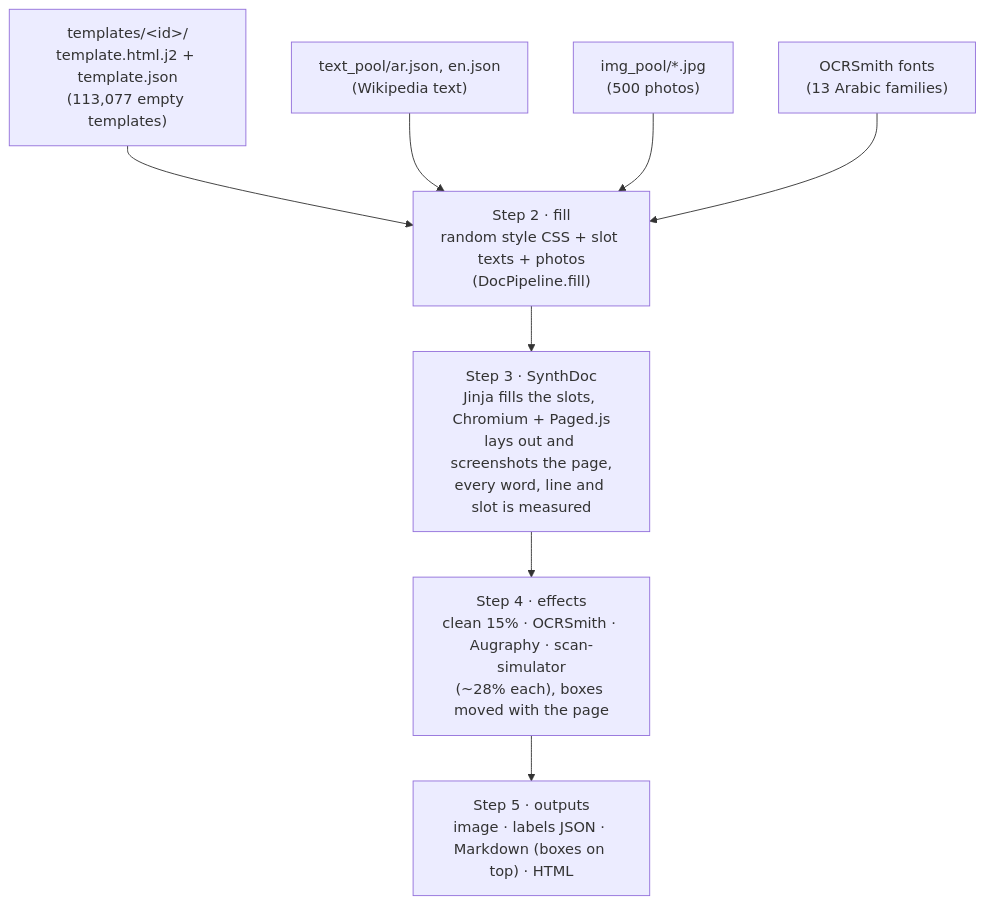
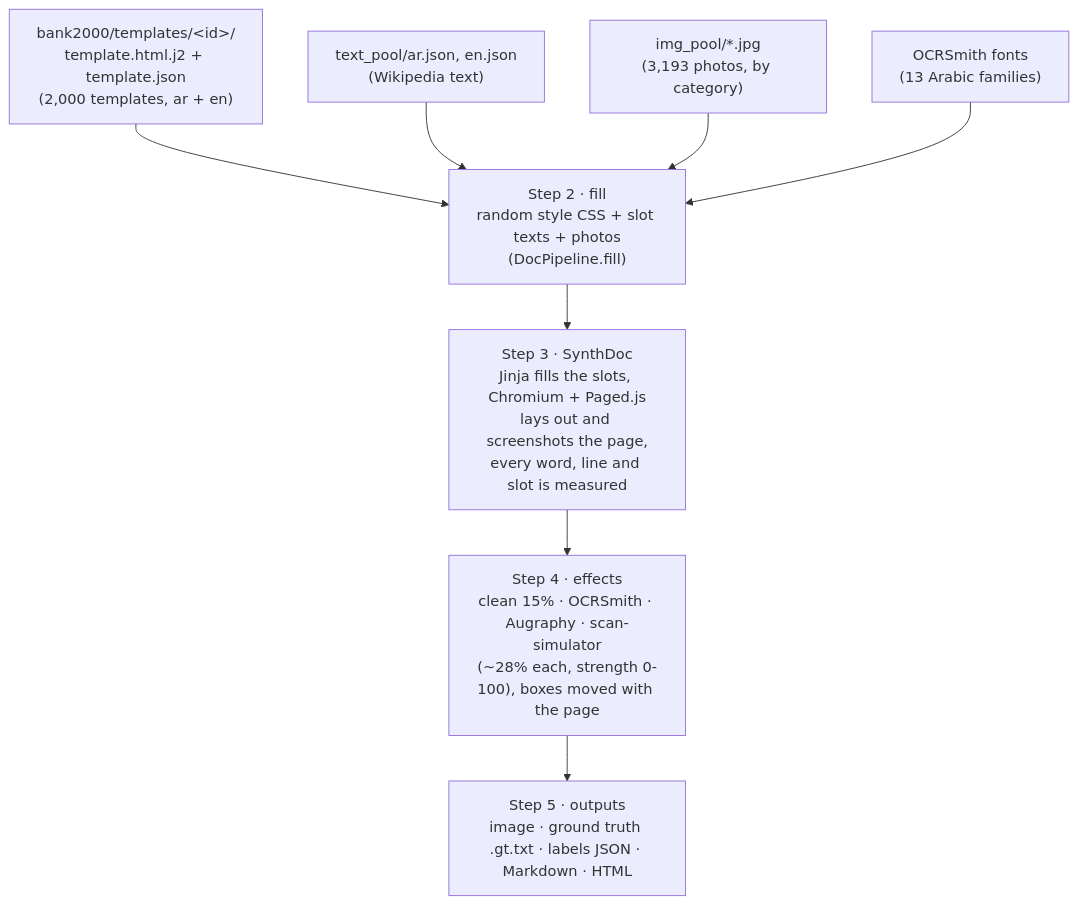
The diagram in OCRREADME.md (Yousef10p/OCRSynthGen), drawn with Mermaid before and after one commit. The commit also changed other lines of this file and 4021 other files, not shown here.

````diff
--- a/OCRREADME.md
+++ b/OCRREADME.md
@@ -31,11 +200,11 @@
 ```mermaid
 flowchart TD
-    T["templates/&lt;id&gt;/<br/>template.html.j2 + template.json<br/>(113,077 empty templates)"] --> F
+    T["bank2000/templates/&lt;id&gt;/<br/>template.html.j2 + template.json<br/>(2,000 templates, ar + en)"] --> F
     W["text_pool/ar.json, en.json<br/>(Wikipedia text)"] --> F
-    P["img_pool/*.jpg<br/>(500 photos)"] --> F
+    P["img_pool/*.jpg<br/>(3,193 photos, by category)"] --> F
     O["OCRSmith fonts<br/>(13 Arabic families)"] --> F
     F["Step 2 · fill<br/>random style CSS + slot texts + photos<br/>(DocPipeline.fill)"] --> S
     S["Step 3 · SynthDoc<br/>Jinja fills the slots, Chromium + Paged.js<br/>lays out and screenshots the page,<br/>every word, line and slot is measured"] --> E
-    E["Step 4 · effects<br/>clean 15% · OCRSmith · Augraphy · scan-simulator<br/>(~28% each), boxes moved with the page"] --> M
-    M["Step 5 · outputs<br/>image · labels JSON · Markdown (boxes on top) · HTML"]
+    E["Step 4 · effects<br/>clean 15% · OCRSmith · Augraphy · scan-simulator<br/>(~28% each, strength 0-100), boxes moved with the page"] --> M
+    M["Step 5 · outputs<br/>image · ground truth .gt.txt · labels JSON · Markdown · HTML"]
 ```
````
